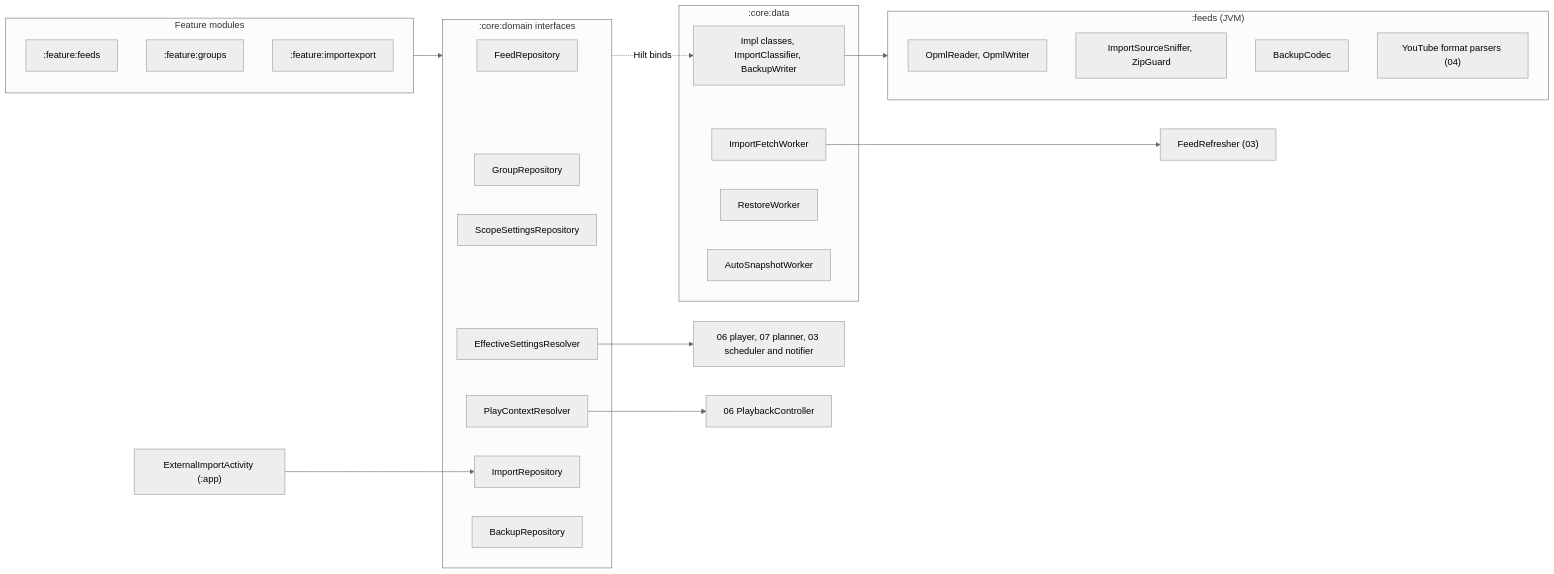
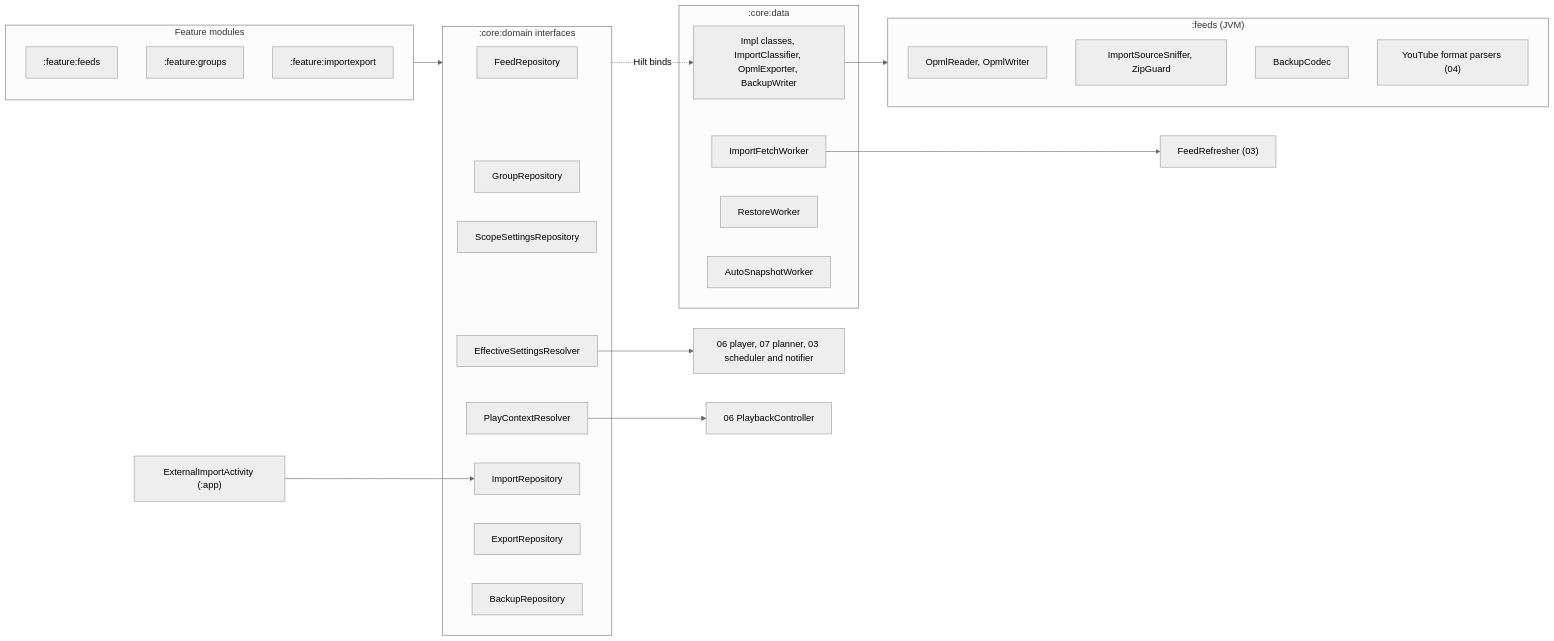
The first of 8 diagrams in docs/design/05-groups-opml-backup.md (BigBoyDevBox/Neutrodyne), drawn with Mermaid (neutral theme) before and after one commit. The commit also changed other lines of this file and 1 other file, not shown here.

````diff
--- a/docs/design/05-groups-opml-backup.md
+++ b/docs/design/05-groups-opml-backup.md
@@ -38,36 +38,37 @@
 ```mermaid
 flowchart LR
   subgraph FEAT["Feature modules"]
     FF[":feature:feeds"]
     FG[":feature:groups"]
     FIE[":feature:importexport"]
   end
   subgraph DOM[":core:domain interfaces"]
     FR["FeedRepository"]
     GR["GroupRepository"]
     SSR["ScopeSettingsRepository"]
     ESR["EffectiveSettingsResolver"]
     PCR["PlayContextResolver"]
     IR["ImportRepository"]
+    ER["ExportRepository"]
     BR["BackupRepository"]
   end
   subgraph DATA[":core:data"]
-    IMPL["Impl classes, ImportClassifier, BackupWriter"]
+    IMPL["Impl classes, ImportClassifier, OpmlExporter, BackupWriter"]
     IFW["ImportFetchWorker"]
     RW["RestoreWorker"]
     ASW["AutoSnapshotWorker"]
   end
   subgraph FEEDS[":feeds (JVM)"]
     OPML["OpmlReader, OpmlWriter"]
     SN["ImportSourceSniffer, ZipGuard"]
     BC["BackupCodec"]
     YP["YouTube format parsers (04)"]
   end
   EIA["ExternalImportActivity (:app)"] --> IR
   FEAT --> DOM
   DOM -.->|"Hilt binds"| IMPL
   IMPL --> FEEDS
   IFW --> FRF["FeedRefresher (03)"]
   ESR --> CONS["06 player, 07 planner, 03 scheduler and notifier"]
   PCR --> P06["06 PlaybackController"]
 ```
````
